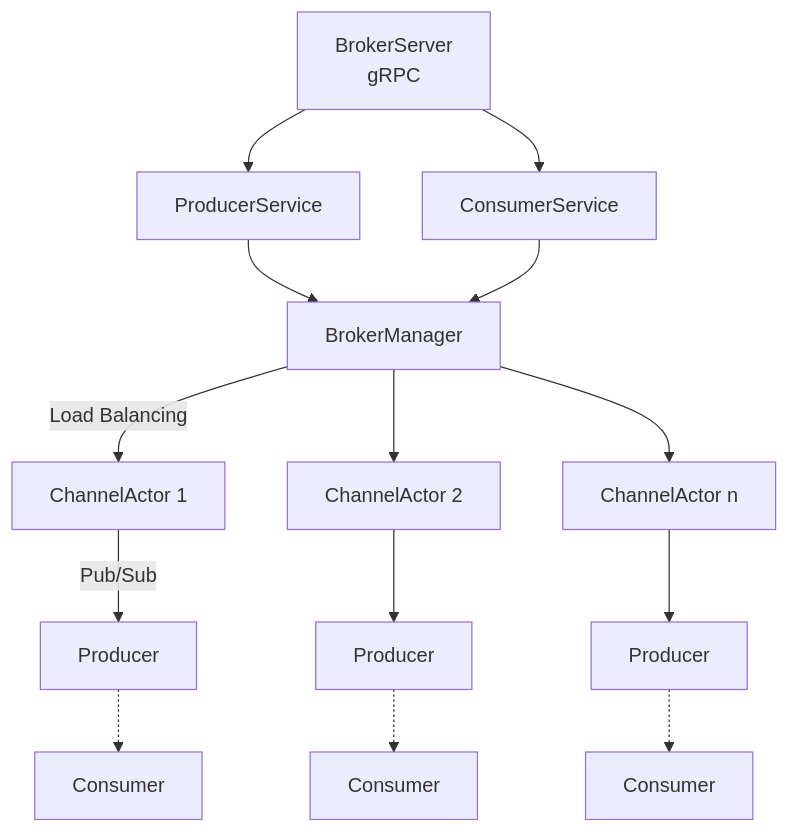
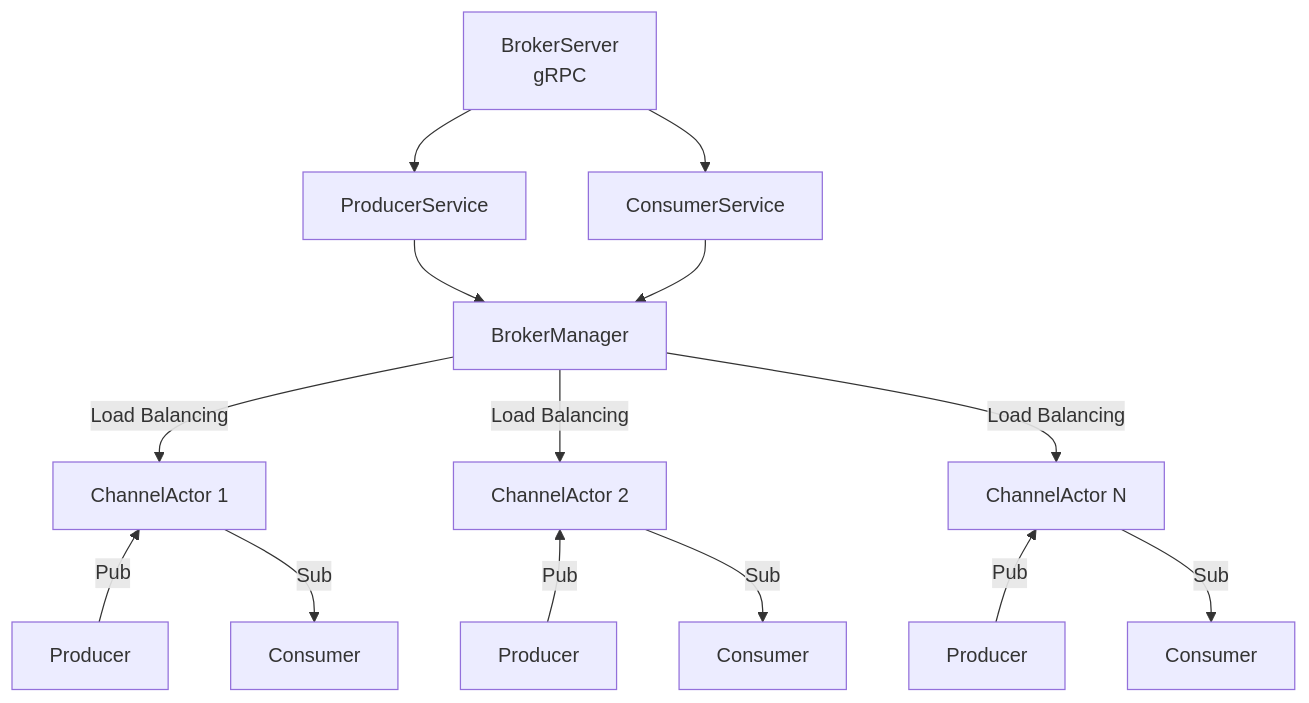
The diagram in README.md (Jose-zapataguil/sentinel-pulse-broker), drawn with Mermaid before and after one commit. The commit also changed other lines of this file and 3 other files, not shown here.

````diff
--- a/README.md
+++ b/README.md
@@ -21,16 +21,20 @@
 ```mermaid
 graph TD
     BS[BrokerServer<br/>gRPC] --> PS[ProducerService]
     BS --> CS[ConsumerService]
     PS --> BM[BrokerManager]
     CS --> BM
     BM -->|"Load Balancing"| CA1[ChannelActor 1]
-    BM --> CA2[ChannelActor 2]
-    BM --> CA3[ChannelActor n]
-    CA1 -->|"Pub/Sub"| P1[Producer]
-    CA2 --> P2[Producer]
-    CA3 --> P3[Producer]
-    P1 -.-> C1[Consumer]
-    P2 -.-> C2[Consumer]
-    P3 -.-> C3[Consumer]
+    BM -->|"Load Balancing"| CA2[ChannelActor 2]
+    BM -->|"Load Balancing"| CA3[ChannelActor N]
+    CA1 ~~~ P1[Producer] -->|"Pub"| CA1
+    P1[Producer] ~~~ CA1
+    CA1[ChannelActor 1] --> |"Sub"| C1[Consumer]
+    CA2 ~~~ P2[Producer] -->|"Pub"| CA2
+    P2[Producer] ~~~ CA2
+    CA2[ChannelActor 2] --> |"Sub"| C2[Consumer]
+    CA3 ~~~ P3[Producer] -->|"Pub"| CA3
+    P3[Producer] ~~~ CA3
+    CA3[ChannelActor N] --> |"Sub"| C3[Consumer]
+
 ```
````
